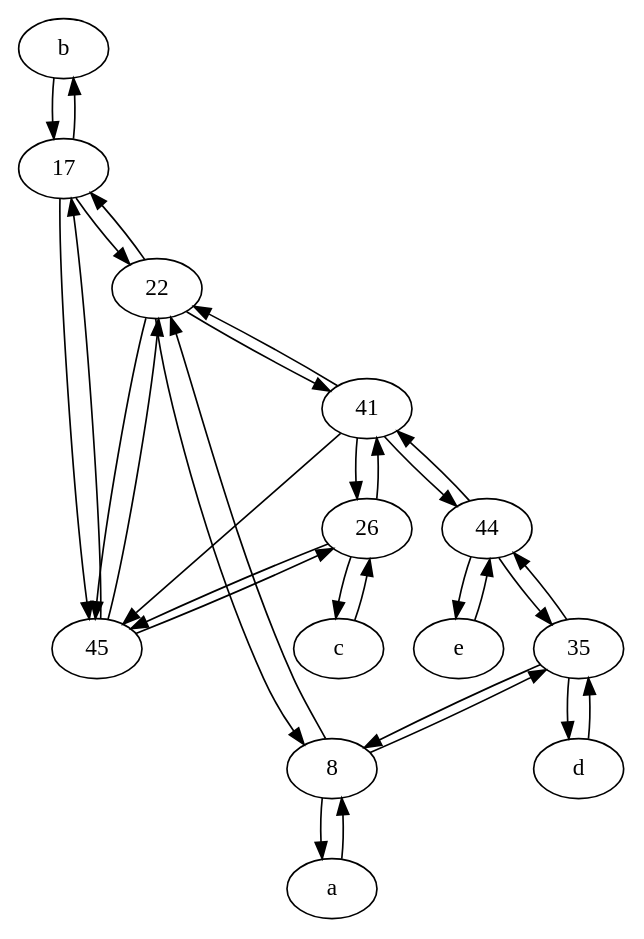
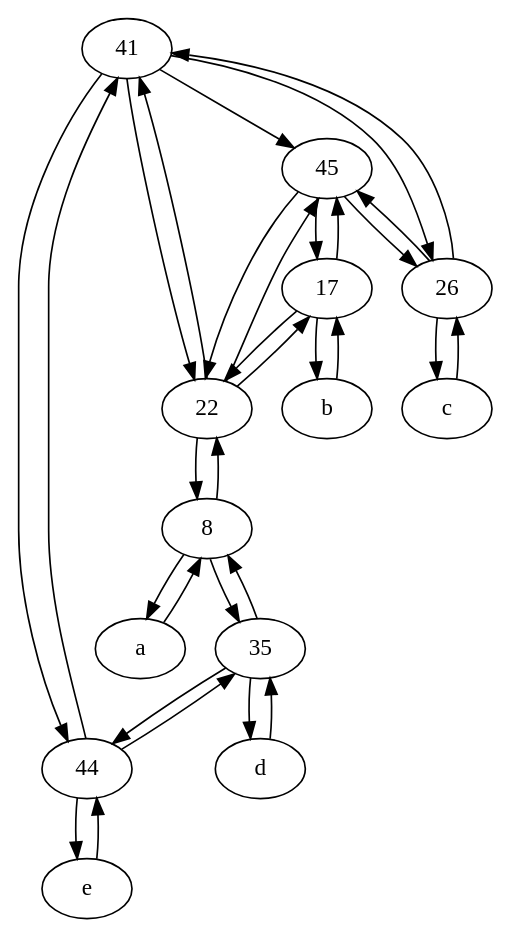
The diagram in results_random_err/surfnet/3/topologyorig.dot (anisabnis/graph_inference), drawn with Graphviz before and after one commit. The commit also changed other lines of this file and 5598 other files, not shown here.

```diff
--- a/results_random_err/surfnet/3/topologyorig.dot
+++ b/results_random_err/surfnet/3/topologyorig.dot
@@ -1,47 +1,47 @@
 digraph  {
-	b [pos="50,20!"];
-	26;
 	41;
-	44;
-	d [pos="20,30!"];
+	e [pos="30,50!"];
+	35;
 	17;
+	a [pos="40,10!"];
 	c [pos="20,10!"];
 	45;
+	44;
+	26;
+	b [pos="50,20!"];
 	8;
-	35;
-	e [pos="30,50!"];
-	a [pos="40,10!"];
 	22;
+	d [pos="20,30!"];
+	41 -> 22;
+	8 -> 22;
+	44 -> e;
+	44 -> 35;
+	17 -> 22;
+	d -> 35;
+	35 -> 44;
+	22 -> 41;
+	26 -> 41;
+	8 -> 35;
+	41 -> 26;
+	17 -> 45;
+	17 -> b;
+	26 -> 45;
+	41 -> 45;
+	26 -> c;
+	45 -> 26;
 	44 -> 41;
+	35 -> 8;
+	22 -> 45;
+	41 -> 44;
+	45 -> 22;
+	22 -> 17;
 	8 -> a;
-	41 -> 26;
-	22 -> 45;
+	c -> 26;
+	22 -> 8;
 	b -> 17;
-	17 -> 45;
-	8 -> 22;
-	41 -> 45;
-	c -> 26;
-	17 -> b;
-	a -> 8;
-	d -> 35;
-	45 -> 26;
-	41 -> 22;
-	17 -> 22;
-	8 -> 35;
-	35 -> 8;
-	41 -> 44;
-	26 -> c;
-	22 -> 8;
-	45 -> 22;
-	e -> 44;
-	22 -> 17;
-	22 -> 41;
 	45 -> 17;
 	35 -> d;
-	26 -> 41;
-	35 -> 44;
-	26 -> 45;
-	44 -> e;
-	44 -> 35;
+	a -> 8;
+	e -> 44;
 
 	}
```
